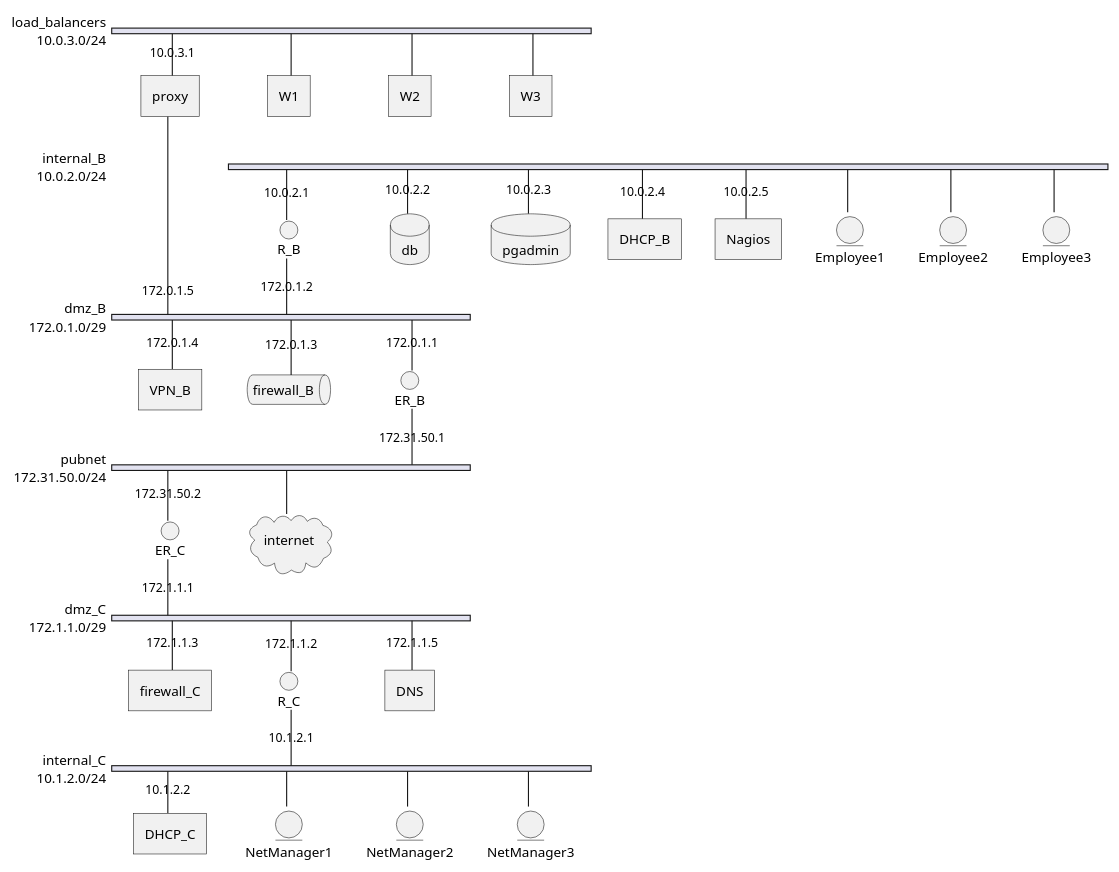
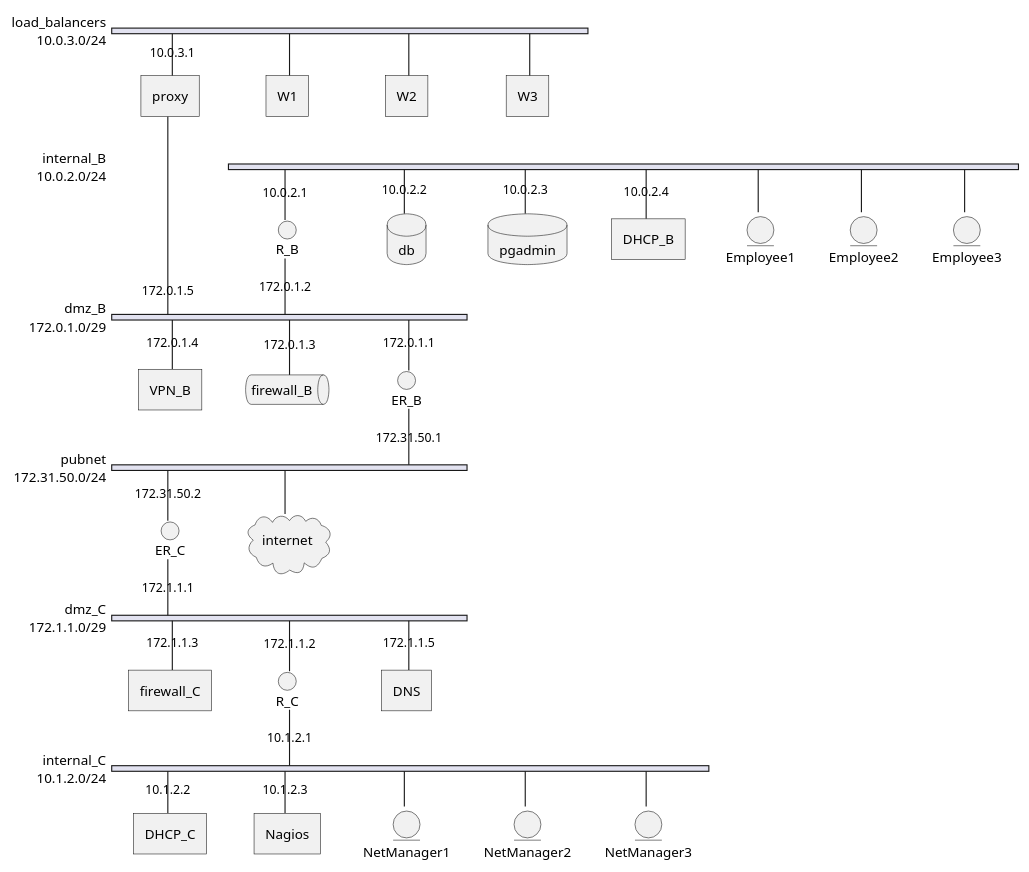
One commit to joaolucasmartins/grs2022 changed the diagram in proj/docs/grs.puml. Above: the diagram before and after it, drawn with PlantUML. The commit also changed 11 other files, not shown here.

```diff
--- a/proj/docs/grs.puml
+++ b/proj/docs/grs.puml
@@ -1,57 +1,57 @@
 @startuml
 
 nwdiag {
   network load_balancers {
     address = "10.0.3.0/24";
     proxy[address = "10.0.3.1"];
     W1;
     W2;
     W3;
   }
 
   network internal_B {
     address = "10.0.2.0/24";
     R_B [shape = interface, address="10.0.2.1"]
     db [shape = database, address = "10.0.2.2"];
     pgadmin [shape = database, address = "10.0.2.3"];
     DHCP_B [shape = rectangle, address = "10.0.2.4"];
-    Nagios [shape = rectangle, address = "10.0.2.5"];
     Employee1 [shape = entity]
     Employee2 [shape = entity]
     Employee3 [shape = entity]
   }
 
   network dmz_B {
     address = "172.0.1.0/29";
     proxy [shape = rectangle, address="172.0.1.5"];
     VPN_B [shape = rectangle, address="172.0.1.4"]
     firewall_B [shape = queue, address="172.0.1.3"];
     ER_B [shape = interface, address="172.0.1.1"];
     R_B [shape = interface, address="172.0.1.2"];
   }
 
   network pubnet {
     address = "172.31.50.0/24";
     ER_B [shape = interface, address="172.31.50.1"];
     ER_C [shape = interface, address="172.31.50.2"];
     internet [shape = cloud];
   }
 
   network dmz_C {
     address = "172.1.1.0/29";
     ER_C [shape = interface, address="172.1.1.1"]
     firewall_C [shape = queu, address="172.1.1.3"]
     R_C [shape = interfac, address="172.1.1.2"]
     DNS [shape = rectangl, address="172.1.1.5"]
   }
 
   network internal_C {
     address = "10.1.2.0/24";
     R_C [shape = interface, address="10.1.2.1"]
     DHCP_C [shape = rectangle, address="10.1.2.2"];
+    Nagios [shape = rectangle, address = "10.1.2.3"];
     NetManager1 [shape = entity]
     NetManager2 [shape = entity]
     NetManager3 [shape = entity]
   }
 }
 @enduml
```
